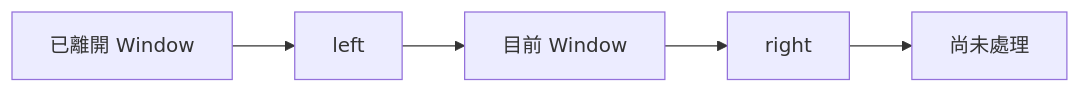
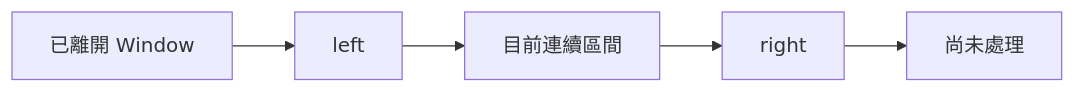
Before and after one commit to davidchen0970/algorithm_note: the second of 12 diagrams in 03_core_patterns/13_sliding_window.md, drawn with Mermaid. The commit also changed other lines of this file, not shown here.

````diff
--- a/03_core_patterns/13_sliding_window.md
+++ b/03_core_patterns/13_sliding_window.md
@@ -68,7 +82,7 @@
 ```mermaid
 flowchart LR
-    A[已離開 Window] --> L[left]
-    L --> W[目前 Window]
-    W --> R[right]
-    R --> U[尚未處理]
+    A["已離開 Window"] --> L["left"]
+    L --> W["目前連續區間"]
+    W --> R["right"]
+    R --> U["尚未處理"]
 ```
````
